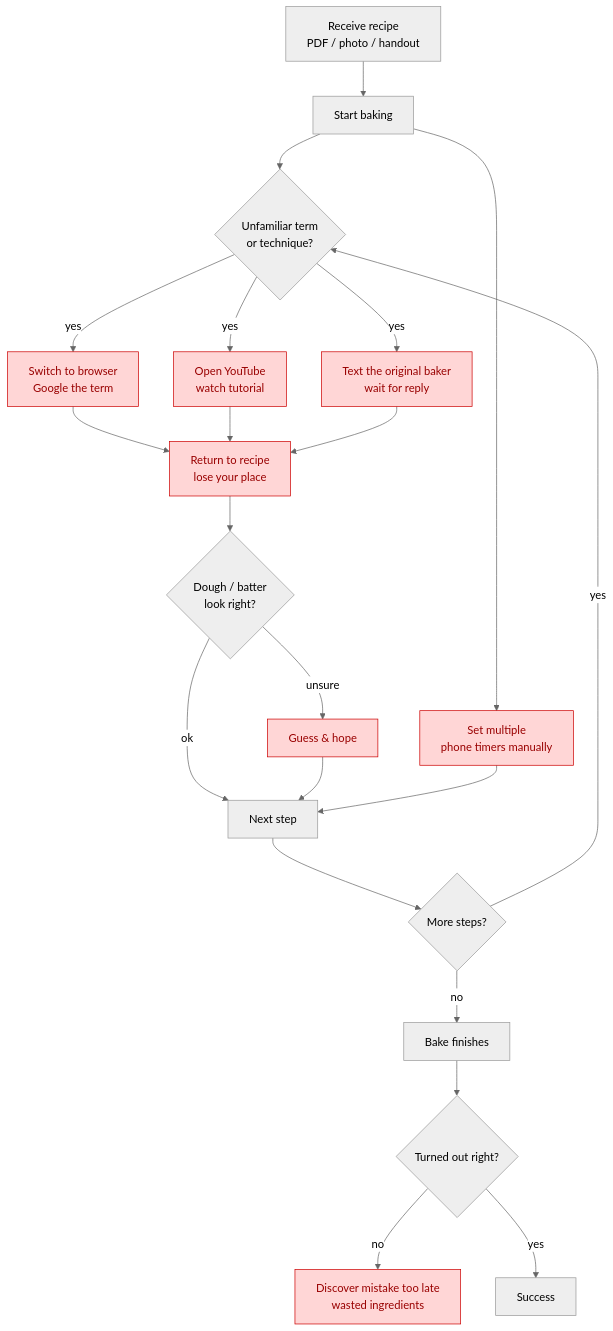
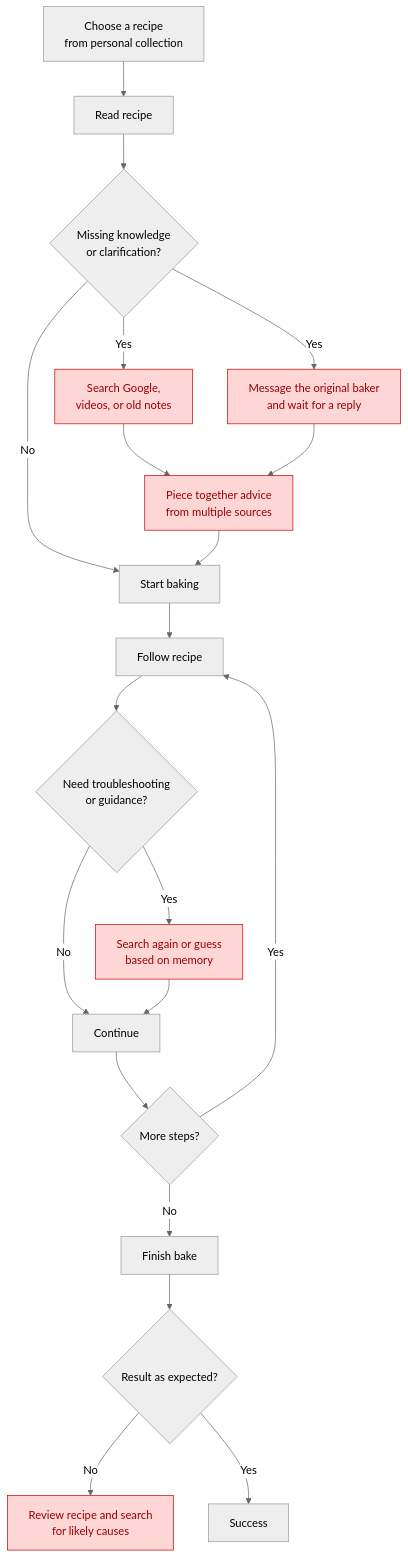
One commit to xx257/bake-me-up changed the first of 3 diagrams in SUBMISSION.md. Above: the diagram before and after it, drawn with Mermaid (neutral theme). The commit also changed other lines of this file and 1 other file, not shown here.

````diff
--- a/SUBMISSION.md
+++ b/SUBMISSION.md
@@ -49,24 +23,24 @@
 ```mermaid
+
 flowchart TD
-    A[Receive recipe<br/>PDF / photo / handout] --> B[Start baking]
-    B --> C{Unfamiliar term<br/>or technique?}
-    C -->|yes| D[Switch to browser<br/>Google the term]:::pain
-    C -->|yes| E[Open YouTube<br/>watch tutorial]:::pain
-    C -->|yes| F[Text the original baker<br/>wait for reply]:::pain
-    D --> G[Return to recipe<br/>lose your place]:::pain
-    E --> G
+    A[Choose a recipe<br/>from personal collection] --> B[Read recipe]
+    B --> C{Missing knowledge<br/>or clarification?}
+    C -->|Yes| D[Search Google,<br/>videos, or old notes]:::pain
+    C -->|Yes| E[Message the original baker<br/>and wait for a reply]:::pain
+    D --> F[Piece together advice<br/>from multiple sources]:::pain
+    E --> F
+    C -->|No| G[Start baking]
     F --> G
-    B --> H[Set multiple<br/>phone timers manually]:::pain
-    G --> I{Dough / batter<br/>look right?}
-    I -->|unsure| J[Guess & hope]:::pain
-    I -->|ok| K[Next step]
+    G --> H[Follow recipe]
+    H --> I{Need troubleshooting<br/>or guidance?}
+    I -->|Yes| J[Search again or guess<br/>based on memory]:::pain
+    I -->|No| K[Continue]
     J --> K
-    H --> K
     K --> L{More steps?}
-    L -->|yes| C
-    L -->|no| M[Bake finishes]
-    M --> N{Turned out right?}
-    N -->|no| O[Discover mistake too late<br/>wasted ingredients]:::pain
-    N -->|yes| P[Success]
+    L -->|Yes| H
+    L -->|No| M[Finish bake]
+    M --> N{Result as expected?}
+    N -->|No| O[Review recipe and search<br/>for likely causes]:::pain
+    N -->|Yes| P[Success]
     classDef pain fill:#ffd6d6,stroke:#c00,color:#900;
 ```
````
